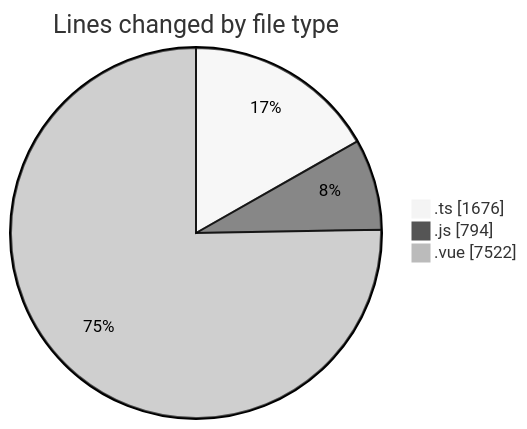
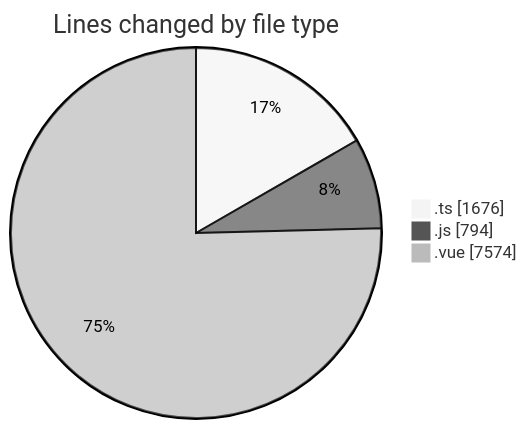
Before and after one commit to lephambinh05/code-tracking: the first of 2 diagrams in 2025-08-16/rentotp/README.md, drawn with Mermaid (neutral theme). The commit also changed other lines of this file and 1 other file, not shown here.

````diff
--- a/2025-08-16/rentotp/README.md
+++ b/2025-08-16/rentotp/README.md
@@ -45,7 +45,7 @@
 ```mermaid
 pie showData
 title Lines changed by file type
 ".ts" : 1676
 ".js" : 794
-".vue" : 7522
+".vue" : 7574
 ```
````
